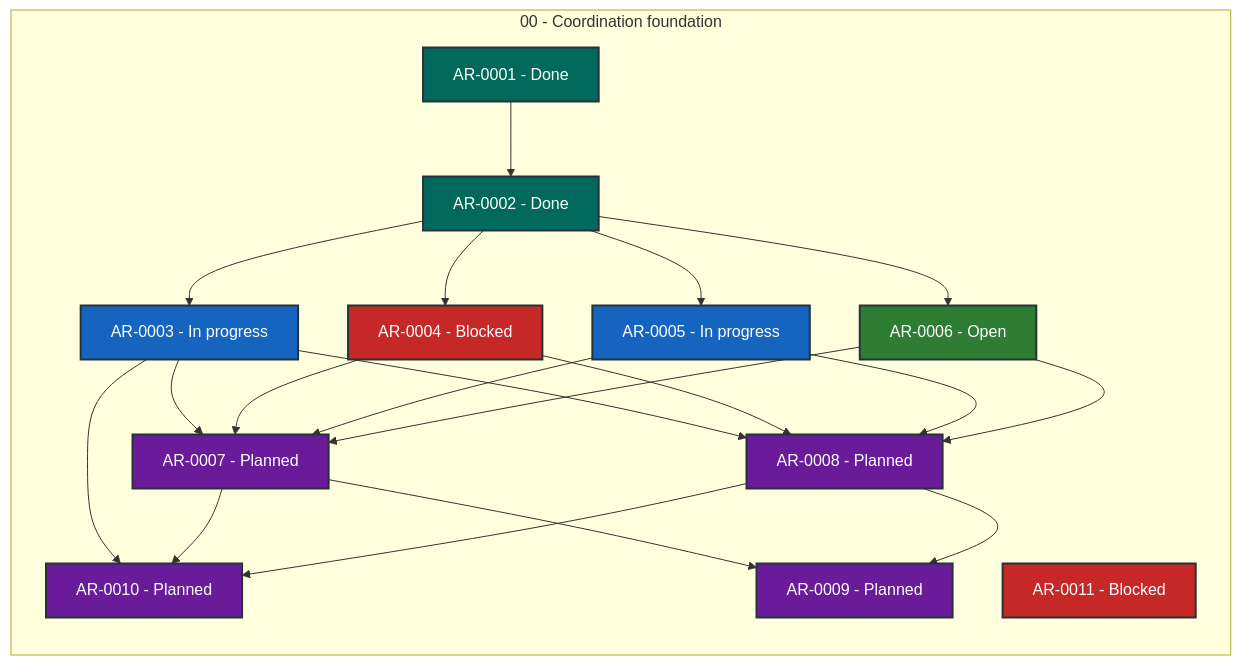
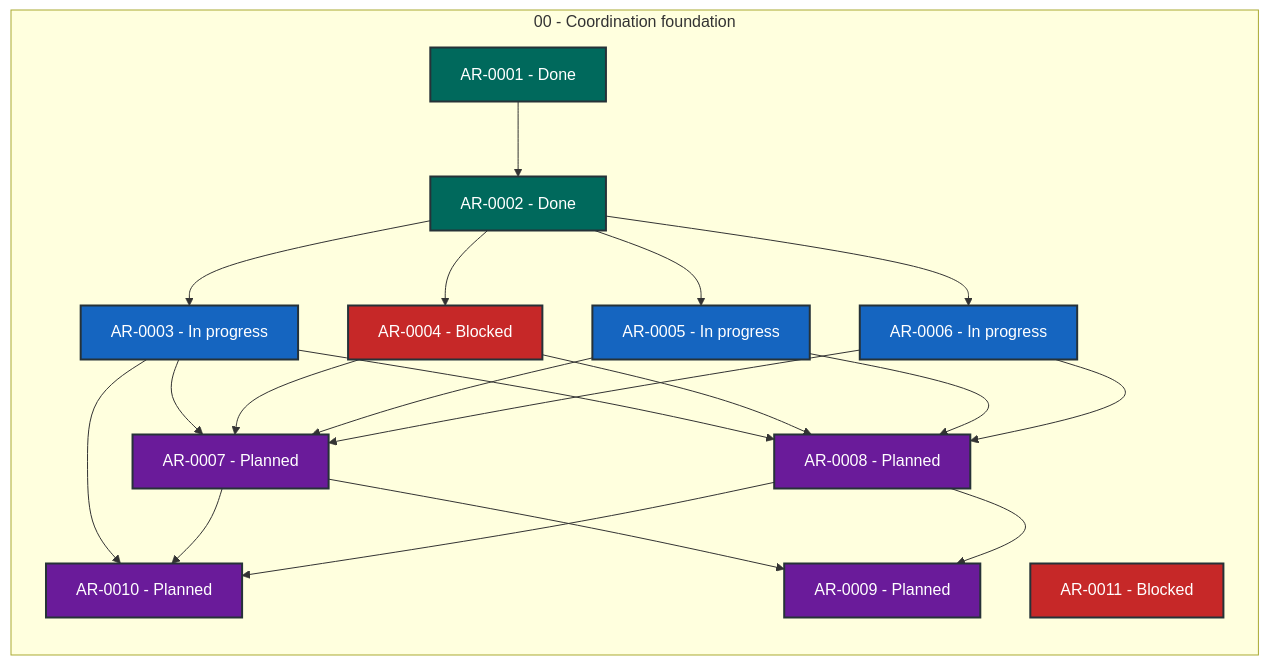
One commit to martin-beck/agent-workflow-coordinator-state changed the diagram in STATUS.md. Above: the diagram before and after it, drawn with Mermaid. The commit also changed other lines of this file and 2 other files, not shown here.

````diff
--- a/STATUS.md
+++ b/STATUS.md
@@ -27,43 +27,43 @@
 ```mermaid
 flowchart LR
     subgraph series_00["00 - Coordination foundation"]
         direction TB
         AR_0001["AR-0001 - Done"]:::status_done
         AR_0002["AR-0002 - Done"]:::status_done
         AR_0003["AR-0003 - In progress"]:::status_in_progress
         AR_0004["AR-0004 - Blocked"]:::status_blocked
         AR_0005["AR-0005 - In progress"]:::status_in_progress
-        AR_0006["AR-0006 - Open"]:::status_open
+        AR_0006["AR-0006 - In progress"]:::status_in_progress
         AR_0007["AR-0007 - Planned"]:::status_planned
         AR_0008["AR-0008 - Planned"]:::status_planned
         AR_0009["AR-0009 - Planned"]:::status_planned
         AR_0010["AR-0010 - Planned"]:::status_planned
         AR_0011["AR-0011 - Blocked"]:::status_blocked
     end
     AR_0001 --> AR_0002
     AR_0002 --> AR_0003
     AR_0002 --> AR_0004
     AR_0002 --> AR_0005
     AR_0002 --> AR_0006
     AR_0003 --> AR_0007
     AR_0003 --> AR_0008
     AR_0003 --> AR_0010
     AR_0004 --> AR_0007
     AR_0004 --> AR_0008
     AR_0005 --> AR_0007
     AR_0005 --> AR_0008
     AR_0006 --> AR_0007
     AR_0006 --> AR_0008
     AR_0007 --> AR_0009
     AR_0007 --> AR_0010
     AR_0008 --> AR_0009
     AR_0008 --> AR_0010
     classDef status_in_progress fill:#1565c0,color:#ffffff,stroke:#263238,stroke-width:2px
     classDef status_open fill:#2e7d32,color:#ffffff,stroke:#263238,stroke-width:2px
     classDef status_blocked fill:#c62828,color:#ffffff,stroke:#263238,stroke-width:2px
     classDef status_planned fill:#6a1b9a,color:#ffffff,stroke:#263238,stroke-width:2px
     classDef status_future fill:#455a64,color:#ffffff,stroke:#263238,stroke-width:2px
     classDef status_done fill:#00695c,color:#ffffff,stroke:#263238,stroke-width:2px
     classDef status_cancelled fill:#616161,color:#ffffff,stroke:#263238,stroke-width:2px
     classDef status_superseded fill:#5d4037,color:#ffffff,stroke:#263238,stroke-width:2px
 ```
````
